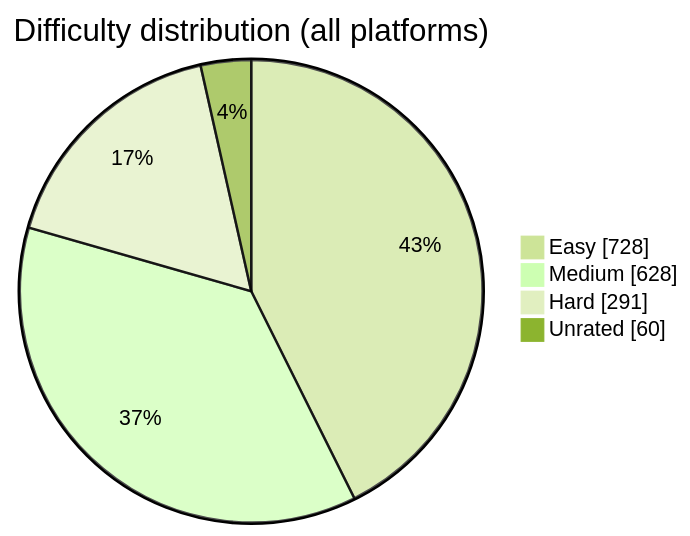
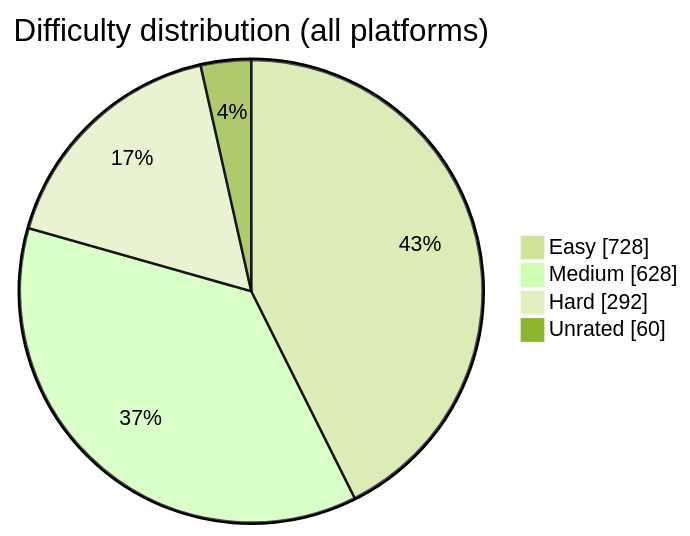
One commit to BuildbyArindam/Daily-Coding-Log changed the diagram in README.md. Above: the diagram before and after it, drawn with Mermaid (forest theme). The commit also changed other lines of this file, not shown here.

````diff
--- a/README.md
+++ b/README.md
@@ -93,7 +93,7 @@
 ```mermaid
 pie showData title Difficulty distribution (all platforms)
     "Easy" : 728
     "Medium" : 628
-    "Hard" : 291
+    "Hard" : 292
     "Unrated" : 60
 ```
````
